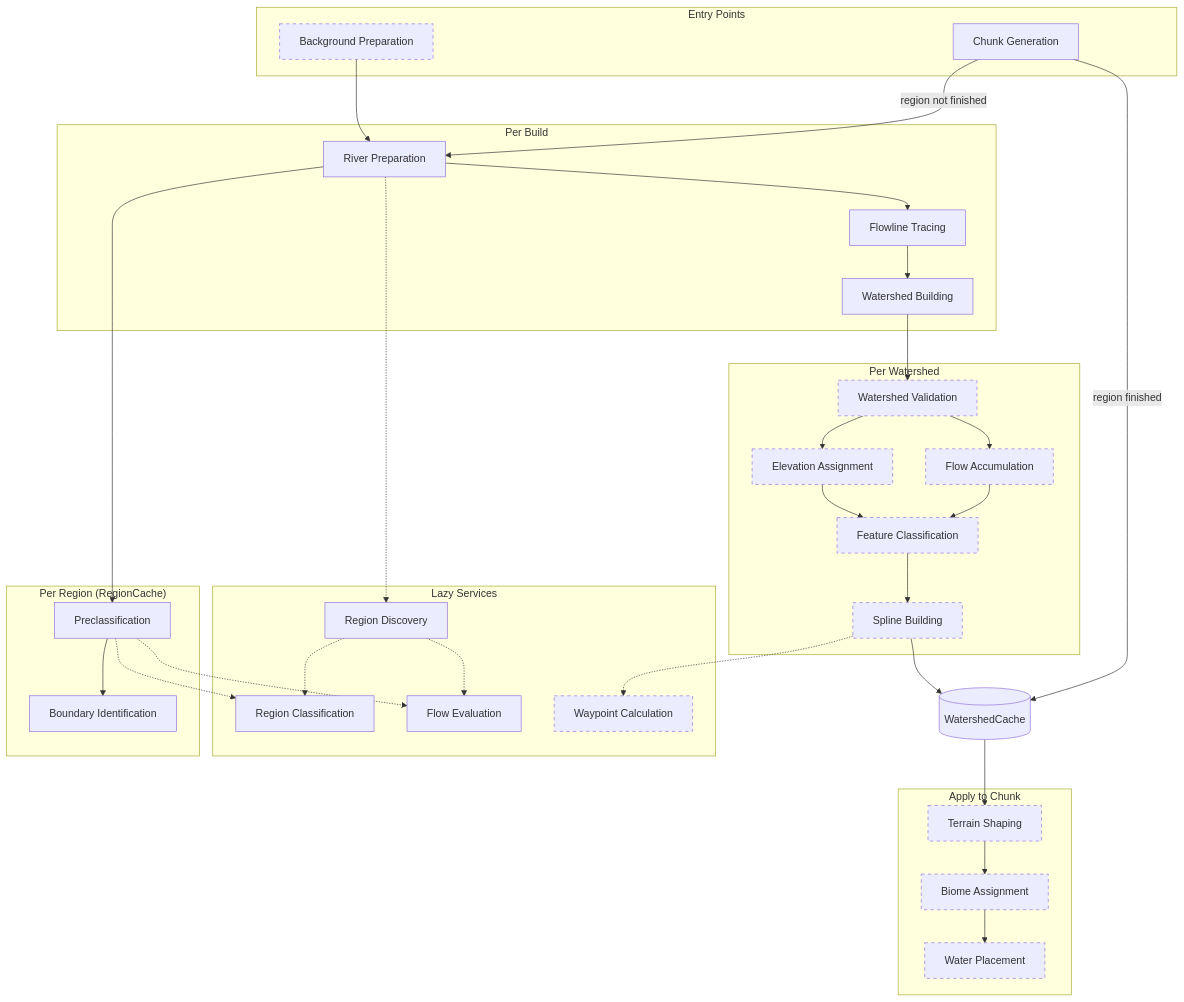
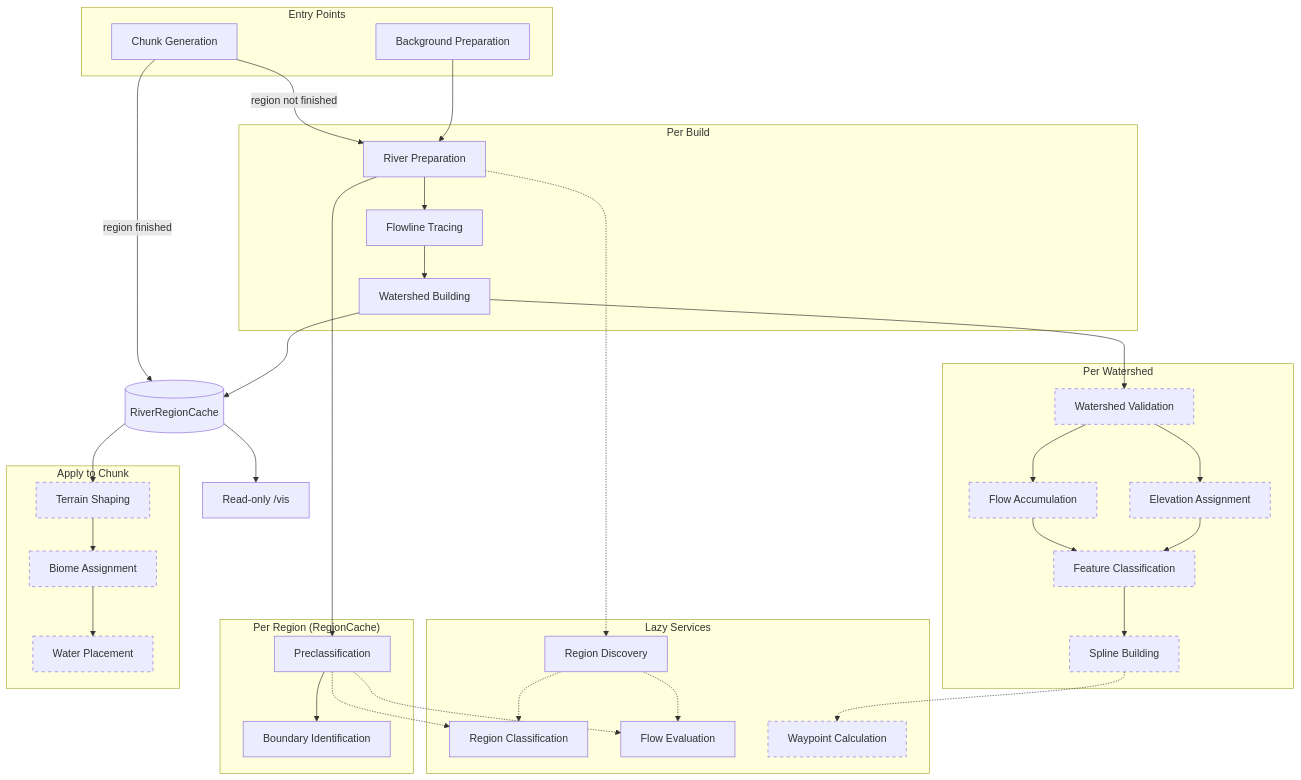
The first of 22 diagrams in docs/features/rivers/Rough Diagrams.md (SoSly/RiverTale), drawn with Mermaid before and after one commit. The commit also changed other lines of this file and 39 other files, not shown here.

````diff
--- a/docs/features/rivers/Rough Diagrams.md
+++ b/docs/features/rivers/Rough Diagrams.md
@@ -3,56 +3,58 @@
 ```mermaid
 flowchart TD
 	classDef planned stroke-dasharray: 5 5
 
 	subgraph "Entry Points"
-		BP[Background Preparation]:::planned
+		BP[Background Preparation]
 		CG[Chunk Generation]
 	end
 
 	subgraph "Lazy Services"
 		RC[Region Classification]
 		FE[Flow Evaluation]
 		RD[Region Discovery]
 		WP[Waypoint Calculation]:::planned
 	end
 
 	subgraph "Per Region (RegionCache)"
 		R1[Preclassification] --> R2[Boundary Identification]
 	end
 
 	subgraph "Per Build"
 		B1[River Preparation] --> B2[Flowline Tracing]
 		B2 --> B3[Watershed Building]
 	end
 
 	subgraph "Per Watershed"
 		W1[Watershed Validation]:::planned
 		W1 --> W2a[Elevation Assignment]:::planned
 		W1 --> W2b[Flow Accumulation]:::planned
 		W2a --> W3[Feature Classification]:::planned
 		W2b --> W3
 		W3 --> W4[Spline Building]:::planned
 	end
 
-	WC[(WatershedCache)]
+	WC[(RiverRegionCache)]
+	Vis[Read-only /vis]
 
 	subgraph "Apply to Chunk"
 		C1[Terrain Shaping]:::planned --> C2[Biome Assignment]:::planned
 		C2 --> C3[Water Placement]:::planned
 	end
 
 	BP --> B1
 	CG -->|region not finished| B1
 	B1 --> R1
 	B3 --> W1
-	W4 --> WC
+	B3 --> WC
 	CG -->|region finished| WC
+	WC --> Vis
 	WC --> C1
 
 	R1 -.-> RC
 	R1 -.-> FE
 	B1 -.-> RD
 	RD -.-> RC
 	RD -.-> FE
 	W4 -.-> WP
 ```
````
